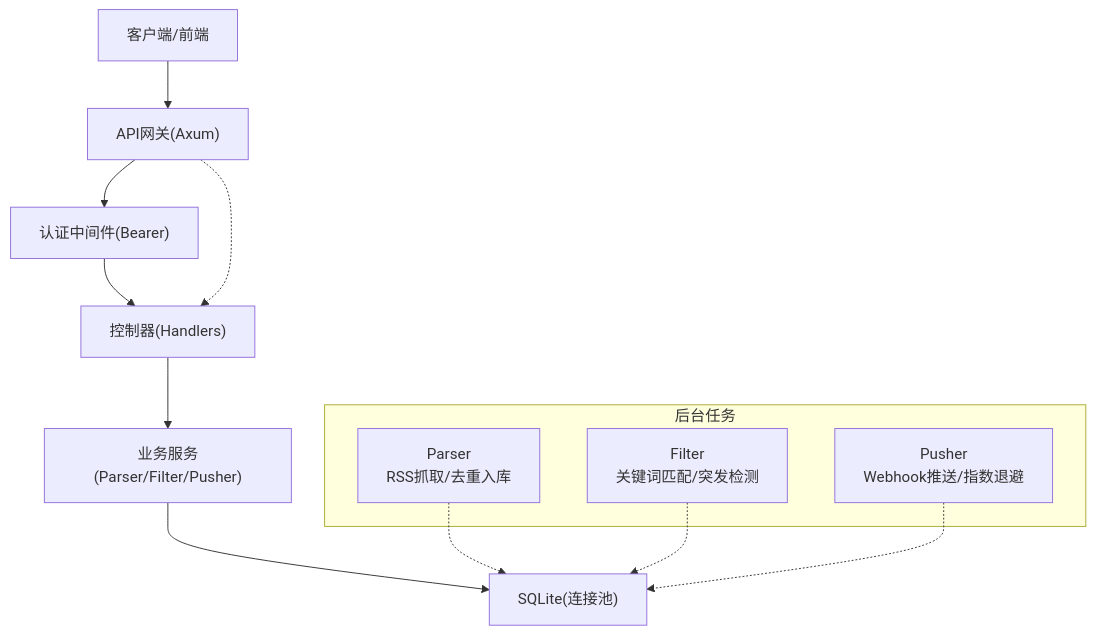
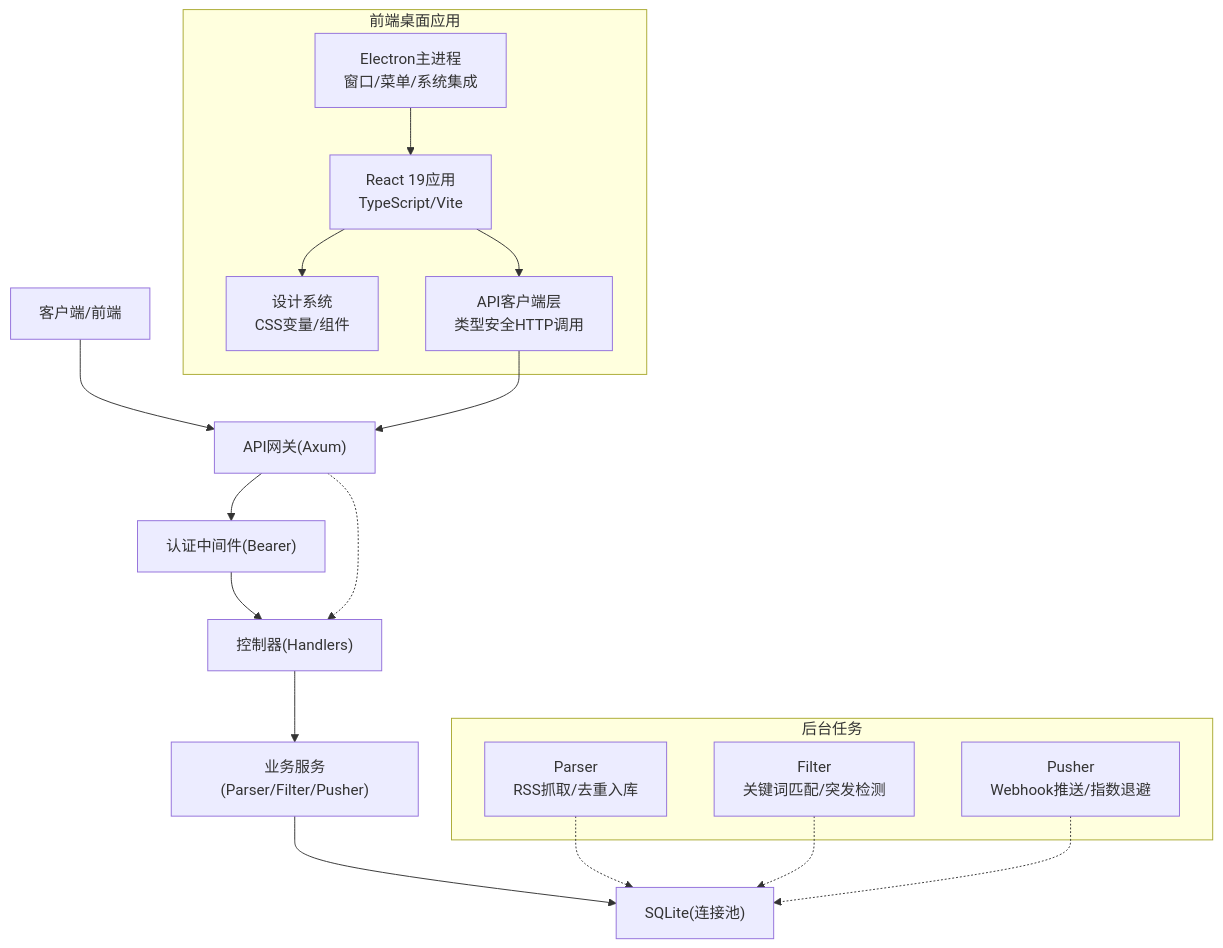
One commit to leimu-hue/AI-Trend-Tool changed the second of 11 diagrams in .qoder/repowiki/zh/content/开发指南/开发指南.md. Above: the diagram before and after it, drawn with Mermaid. The commit also changed other lines of this file and 50 other files, not shown here.

````diff
--- a/.qoder/repowiki/zh/content/开发指南/开发指南.md
+++ b/.qoder/repowiki/zh/content/开发指南/开发指南.md
@@ -124,17 +167,27 @@
 ```mermaid
 graph TB
 CLIENT["客户端/前端"] --> API["API网关(Axum)"]
 API --> AUTH["认证中间件(Bearer)"]
 AUTH --> CTRL["控制器(Handlers)"]
 CTRL --> SVC["业务服务(Parser/Filter/Pusher)"]
 SVC --> DB["SQLite(连接池)"]
+subgraph "前端桌面应用"
+ELECTRON["Electron主进程<br/>窗口/菜单/系统集成"]
+REACT["React 19应用<br/>TypeScript/Vite"]
+DESIGN["设计系统<br/>CSS变量/组件"]
+API_CLIENT["API客户端层<br/>类型安全HTTP调用"]
+ELECTRON --> REACT
+REACT --> DESIGN
+REACT --> API_CLIENT
+end
 subgraph "后台任务"
 PARSER["Parser<br/>RSS抓取/去重入库"]
 FILTER["Filter<br/>关键词匹配/突发检测"]
 PUSHER["Pusher<br/>Webhook推送/指数退避"]
 end
 PARSER -.-> DB
 FILTER -.-> DB
 PUSHER -.-> DB
 API -.-> CTRL
+API_CLIENT --> API
 ```
````
